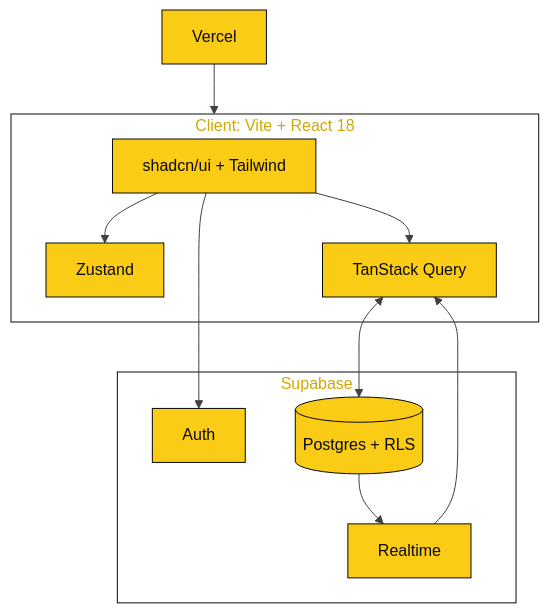
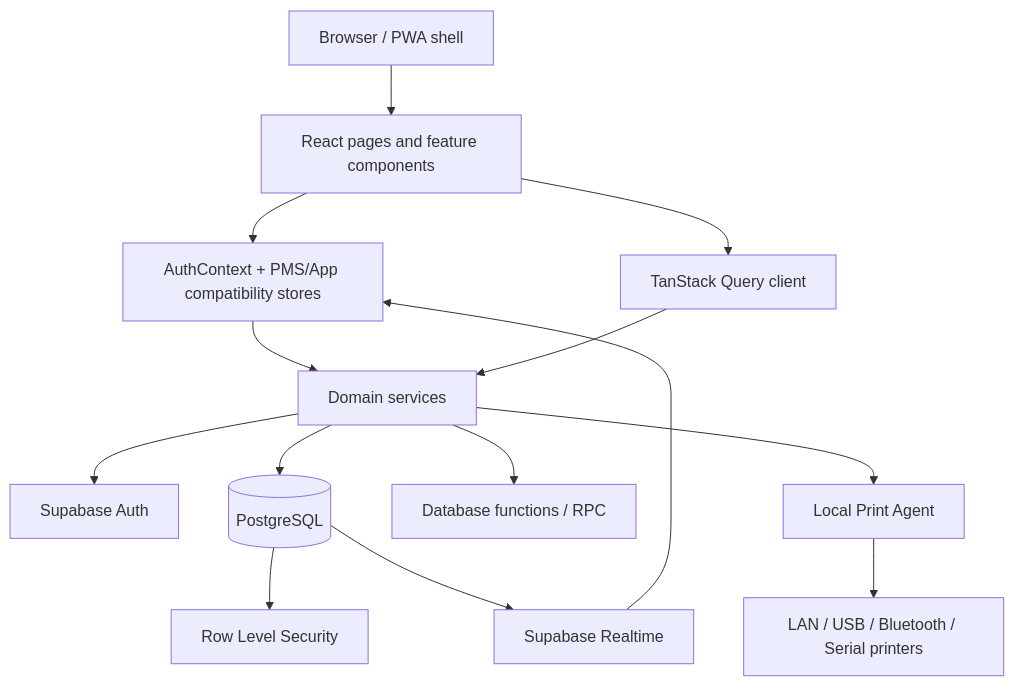
The diagram in README.md (olitechs/olitechpmspos), drawn with Mermaid before and after one commit. The commit also changed other lines of this file, not shown here.

Commit message:
Document OliTechs project workflows and architecture

````diff
--- a/README.md
+++ b/README.md
@@ -160,20 +215,29 @@
 ```mermaid
-%%{init: {'theme':'base','themeVariables':{'primaryColor':'#FACC15','primaryTextColor':'#0A0A0A','primaryBorderColor':'#0A0A0A','lineColor':'#404040','clusterBkg':'#FFFFFF','clusterBorder':'#0A0A0A','fontFamily':'Inter, Segoe UI, Arial, sans-serif'}}}%%
 flowchart TB
-    subgraph Client[Client: Vite + React 18]
-        UI[shadcn/ui + Tailwind]
-        ZS[Zustand]
-        TQ[TanStack Query]
-    end
-    subgraph Backend[Supabase]
-        AUTH[Auth]
-        PG[(Postgres + RLS)]
-        RT[Realtime]
-    end
-    UI --> ZS
-    UI --> TQ
-    TQ <--> PG
-    UI --> AUTH
-    PG --> RT --> TQ
-    V[Vercel] --> Client
+  Browser[Browser / PWA shell]
+  UI[React pages and feature components]
+  Context[AuthContext + PMS/App compatibility stores]
+  Query[TanStack Query client]
+  Services[Domain services]
+  SupabaseAuth[Supabase Auth]
+  DB[(PostgreSQL)]
+  RLS[Row Level Security]
+  RPC[Database functions / RPC]
+  Realtime[Supabase Realtime]
+  Print[Local Print Agent]
+  Hardware[LAN / USB / Bluetooth / Serial printers]
+
+  Browser --> UI
+  UI --> Context
+  UI --> Query
+  Context --> Services
+  Query --> Services
+  Services --> SupabaseAuth
+  Services --> DB
+  DB --> RLS
+  Services --> RPC
+  DB --> Realtime
+  Realtime --> Context
+  Services --> Print
+  Print --> Hardware
 ```
````
